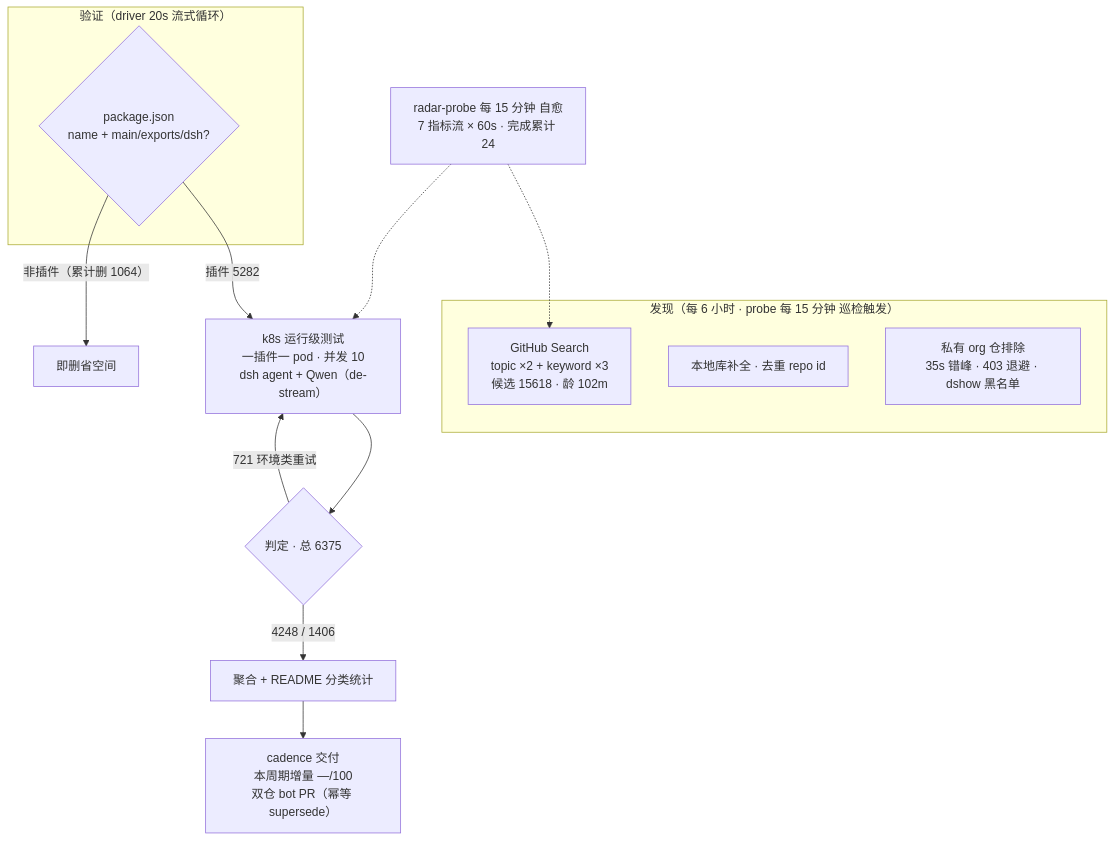
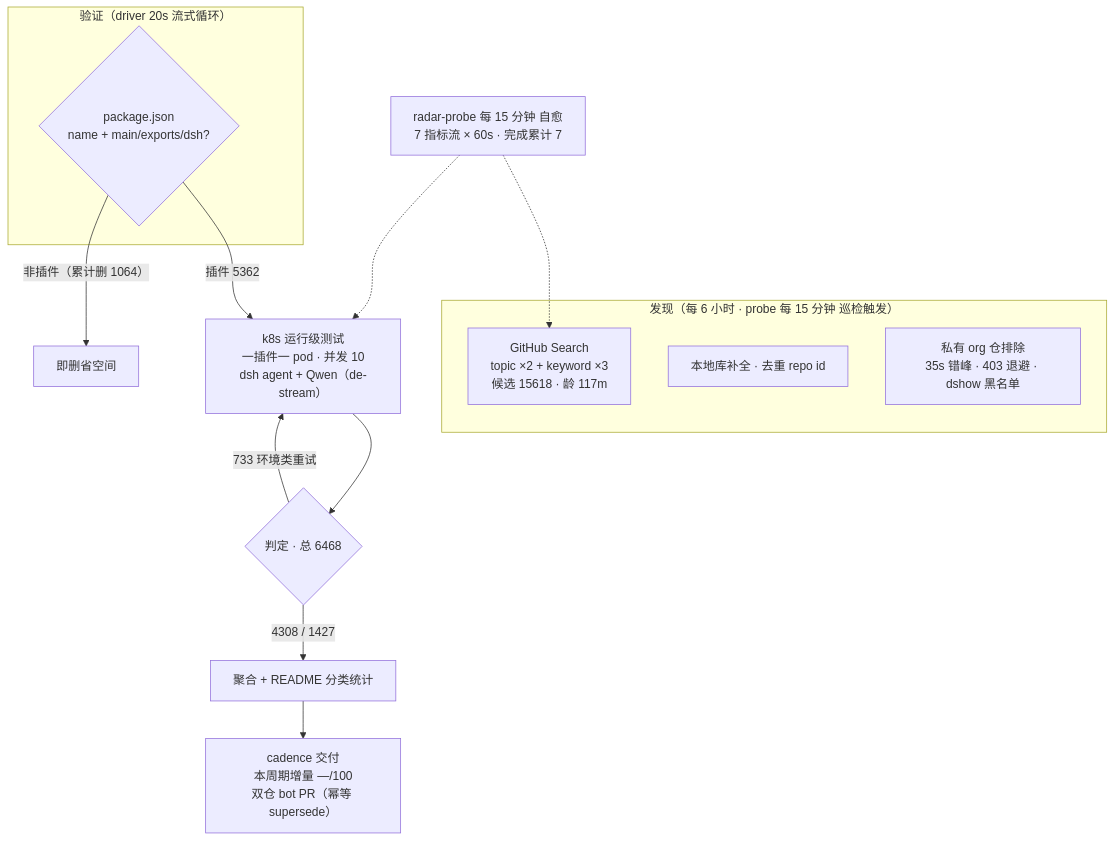
One commit to Zhidao-Lab-OSS/awesome-dsh-plugins changed the diagram in README.md. Above: the diagram before and after it, drawn with Mermaid. The commit also changed other lines of this file and 1 other file, not shown here.

````diff
--- a/README.md
+++ b/README.md
@@ -37,20 +37,20 @@
 ```mermaid
 flowchart TB
     subgraph Discovery["发现（每 6 小时 · probe 每 15 分钟 巡检触发）"]
-        A1["GitHub Search<br/>topic ×2 + keyword ×3<br/>候选 15618 · 龄 102m"]
+        A1["GitHub Search<br/>topic ×2 + keyword ×3<br/>候选 15618 · 龄 117m"]
         A2["本地库补全 · 去重 repo id"]
         A3["私有 org 仓排除<br/>35s 错峰 · 403 退避 · dshow 黑名单"]
     end
     subgraph Validation["验证（driver 20s 流式循环）"]
         B1{"package.json<br/>name + main/exports/dsh?"}
     end
-    B1 -->|"插件 5282"| C1["k8s 运行级测试<br/>一插件一 pod · 并发 10<br/>dsh agent + Qwen（de-stream）"]
+    B1 -->|"插件 5362"| C1["k8s 运行级测试<br/>一插件一 pod · 并发 10<br/>dsh agent + Qwen（de-stream）"]
     B1 -->|"非插件（累计删 1064）"| B3["即删省空间"]
-    C1 --> D1{"判定 · 总 6375"}
-    D1 -->|"4248 / 1406"| E1["聚合 + README 分类统计"]
-    D1 -->|"721 环境类重试"| C1
+    C1 --> D1{"判定 · 总 6468"}
+    D1 -->|"4308 / 1427"| E1["聚合 + README 分类统计"]
+    D1 -->|"733 环境类重试"| C1
     E1 --> E2["cadence 交付<br/>本周期增量 —/100<br/>双仓 bot PR（幂等 supersede）"]
-    M["radar-probe 每 15 分钟 自愈<br/>7 指标流 × 60s · 完成累计 24"]
+    M["radar-probe 每 15 分钟 自愈<br/>7 指标流 × 60s · 完成累计 7"]
     M -.-> A1
     M -.-> C1
 ```
````
